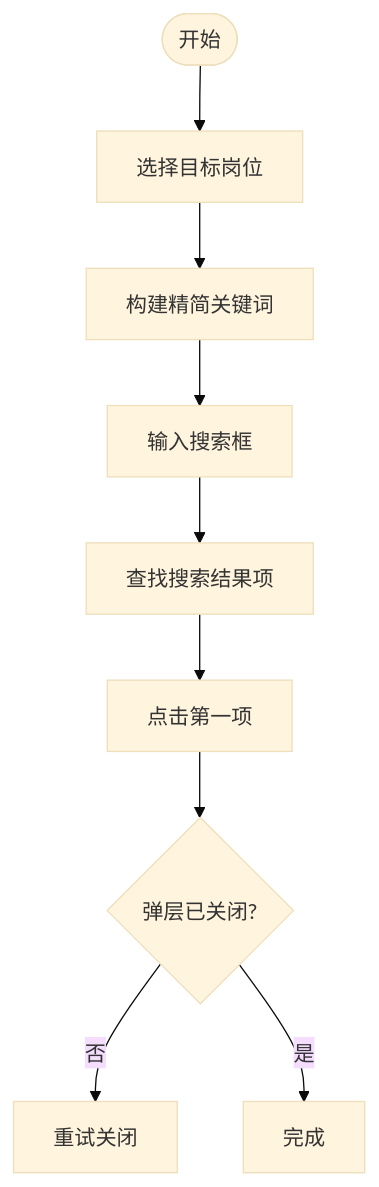
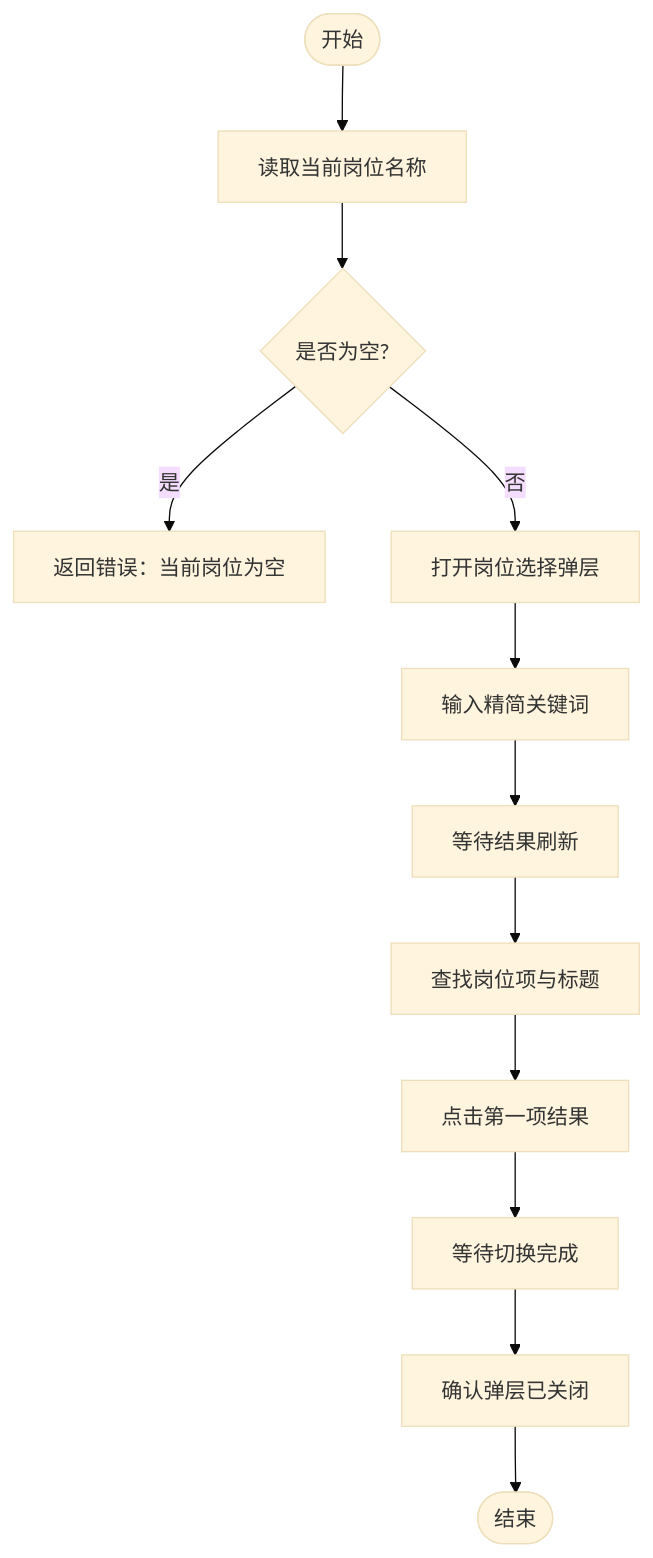
Before and after one commit to alvinwangzi/goodhr: the third of 6 diagrams in .qoder/repowiki/zh/content/本地执行器/平台适配器/智联招聘适配器/职位管理.md, drawn with Mermaid (base theme). The commit also changed other lines of this file and 149 other files, not shown here.

````diff
--- a/.qoder/repowiki/zh/content/本地执行器/平台适配器/智联招聘适配器/职位管理.md
+++ b/.qoder/repowiki/zh/content/本地执行器/平台适配器/智联招聘适配器/职位管理.md
@@ -141,11 +147,14 @@
 ```mermaid
 flowchart TD
-Start(["开始"]) --> Select["选择目标岗位"]
-Select --> Query["构建精简关键词"]
-Query --> Input["输入搜索框"]
-Input --> Find["查找搜索结果项"]
-Find --> Click["点击第一项"]
-Click --> Verify{"弹层已关闭?"}
-Verify --> |否| Retry["重试关闭"]
-Verify --> |是| Done["完成"]
+Start(["开始"]) --> ReadCurrent["读取当前岗位名称"]
+ReadCurrent --> CheckEmpty{"是否为空?"}
+CheckEmpty --> |是| Error1["返回错误：当前岗位为空"]
+CheckEmpty --> |否| OpenPanel["打开岗位选择弹层"]
+OpenPanel --> TypeQuery["输入精简关键词"]
+TypeQuery --> WaitRefresh["等待结果刷新"]
+WaitRefresh --> FindItems["查找岗位项与标题"]
+FindItems --> ClickFirst["点击第一项结果"]
+ClickFirst --> WaitSwitch["等待切换完成"]
+WaitSwitch --> VerifyPanel["确认弹层已关闭"]
+VerifyPanel --> End(["结束"])
 ```
````
